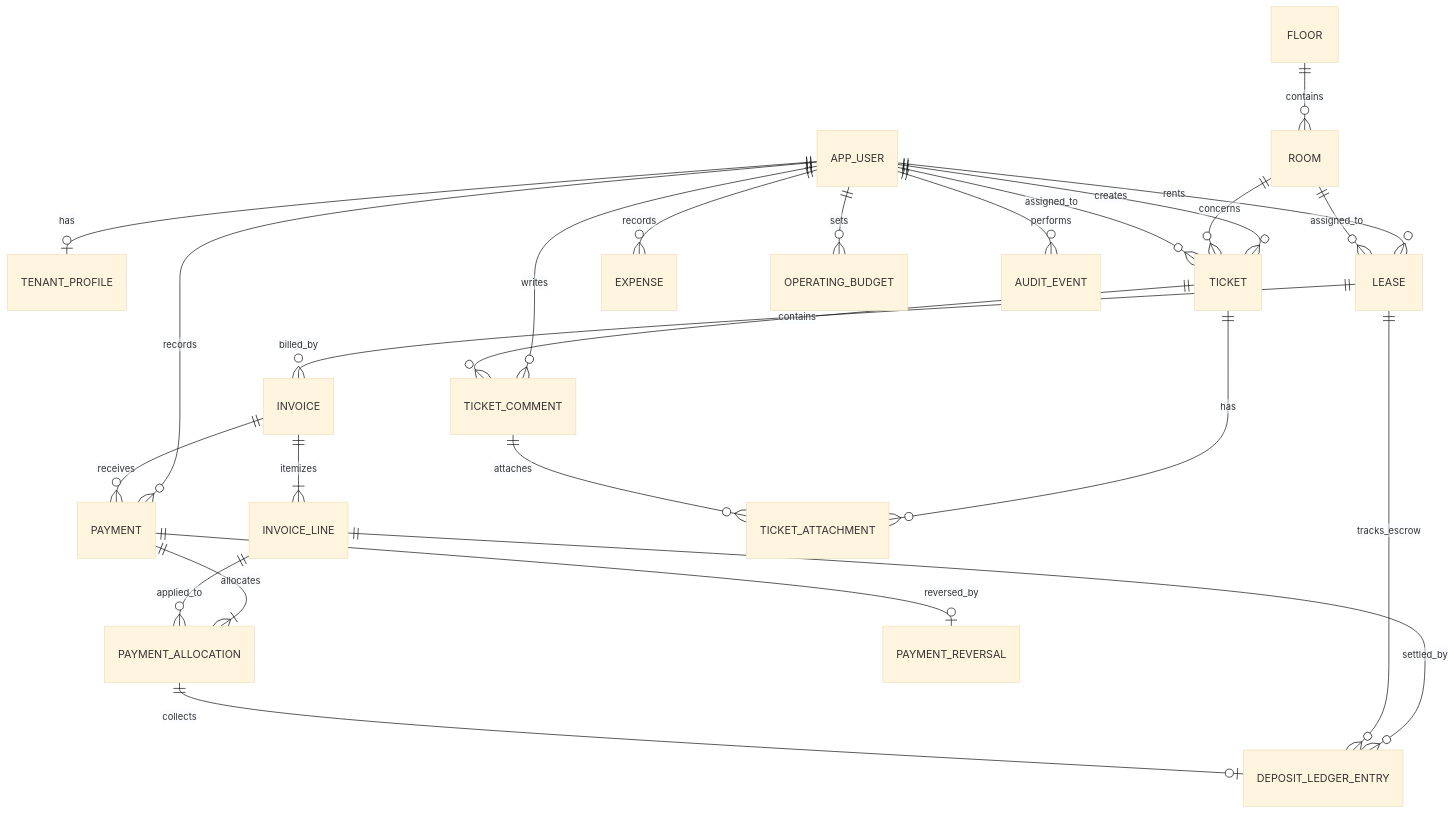
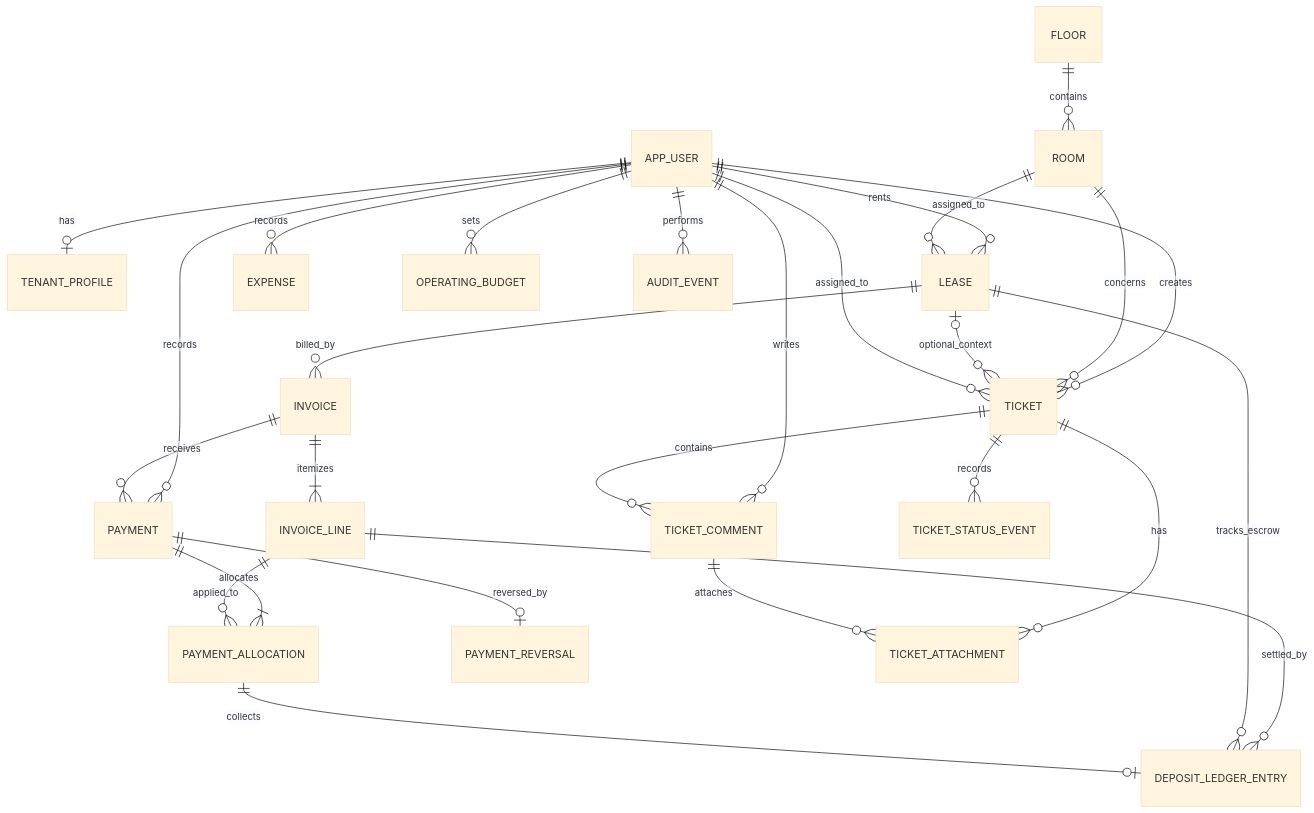
One commit to nothingser0/rumakost changed the diagram in docs/architecture/M05-DATA-API-SPEC-DRAFT.md. Above: the diagram before and after it, drawn with Mermaid (base theme). The commit also changed other lines of this file and 15 other files, not shown here.

````diff
--- a/docs/architecture/M05-DATA-API-SPEC-DRAFT.md
+++ b/docs/architecture/M05-DATA-API-SPEC-DRAFT.md
@@ -21,27 +21,29 @@
 ```mermaid
 erDiagram
   APP_USER ||--o| TENANT_PROFILE : has
   APP_USER ||--o{ LEASE : rents
   APP_USER ||--o{ PAYMENT : records
   APP_USER ||--o{ TICKET : creates
   APP_USER ||--o{ TICKET_COMMENT : writes
   APP_USER ||--o{ EXPENSE : records
   APP_USER ||--o{ OPERATING_BUDGET : sets
   FLOOR ||--o{ ROOM : contains
   APP_USER ||--o{ AUDIT_EVENT : performs
   ROOM ||--o{ LEASE : assigned_to
   LEASE ||--o{ INVOICE : billed_by
   INVOICE ||--|{ INVOICE_LINE : itemizes
   INVOICE ||--o{ PAYMENT : receives
   PAYMENT ||--|{ PAYMENT_ALLOCATION : allocates
   INVOICE_LINE ||--o{ PAYMENT_ALLOCATION : applied_to
   INVOICE_LINE ||--o{ DEPOSIT_LEDGER_ENTRY : settled_by
   LEASE ||--o{ DEPOSIT_LEDGER_ENTRY : tracks_escrow
   PAYMENT_ALLOCATION ||--o| DEPOSIT_LEDGER_ENTRY : collects
   PAYMENT ||--o| PAYMENT_REVERSAL : reversed_by
   ROOM ||--o{ TICKET : concerns
+  LEASE o|--o{ TICKET : optional_context
   TICKET ||--o{ TICKET_COMMENT : contains
   TICKET ||--o{ TICKET_ATTACHMENT : has
+  TICKET ||--o{ TICKET_STATUS_EVENT : records
   TICKET_COMMENT ||--o{ TICKET_ATTACHMENT : attaches
   APP_USER ||--o{ TICKET : assigned_to
 ```
````
